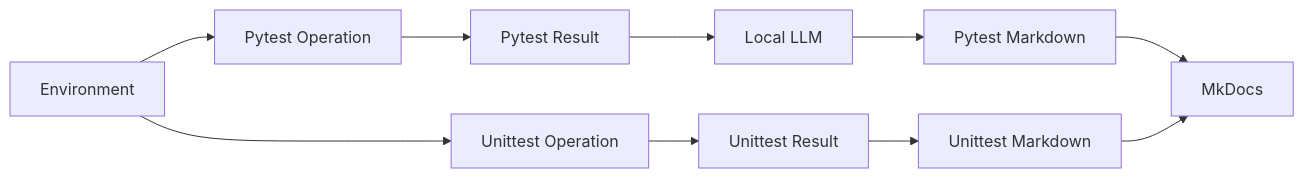
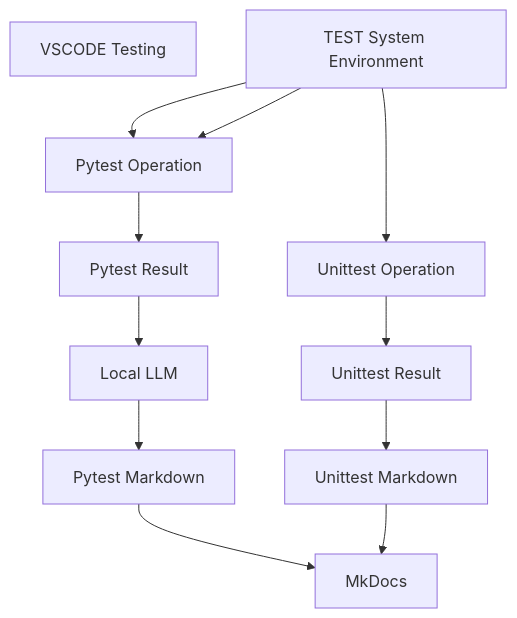
The diagram in docs/index.md (JeonghunLee/AI-driven-CI-CT), drawn with Mermaid before and after one commit. The commit also changed other lines of this file and 2 other files, not shown here.

````diff
--- a/docs/index.md
+++ b/docs/index.md
@@ -22,12 +24,19 @@
 ```mermaid
-flowchart LR
-    A[Environment] --> B[Pytest Operation]
-    A --> C[Unittest Operation]
-    B --> D[Pytest Result]
+flowchart TD
+    TEST_VSCODE[VSCODE Testing] 
+    TEST_MAIN[TEST System Environment] 
+    TEST_PYTEST[Pytest Operation]
+    TEST_MAIN --> C[Unittest Operation]
+    TEST_PYTEST --> D[Pytest Result]
     C --> E[Unittest Result]
     D --> F[Local LLM]
     F --> G[Pytest Markdown]
     E --> H[Unittest Markdown]
     G --> I[MkDocs]
+    
+    TEST_VSCODE
+    TEST_MAIN --> TEST_PYTEST
+    TEST_MAIN --> TEST_PYTEST
+
     H --> I
 ```
````
